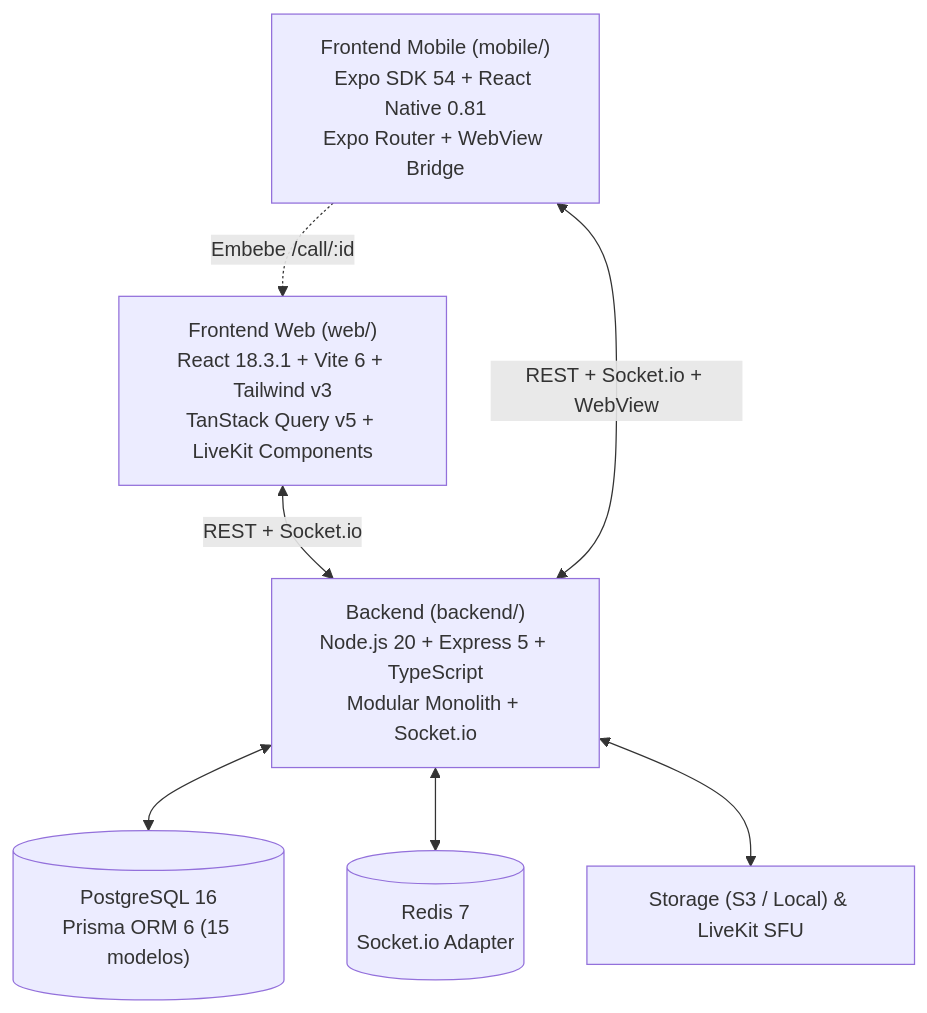
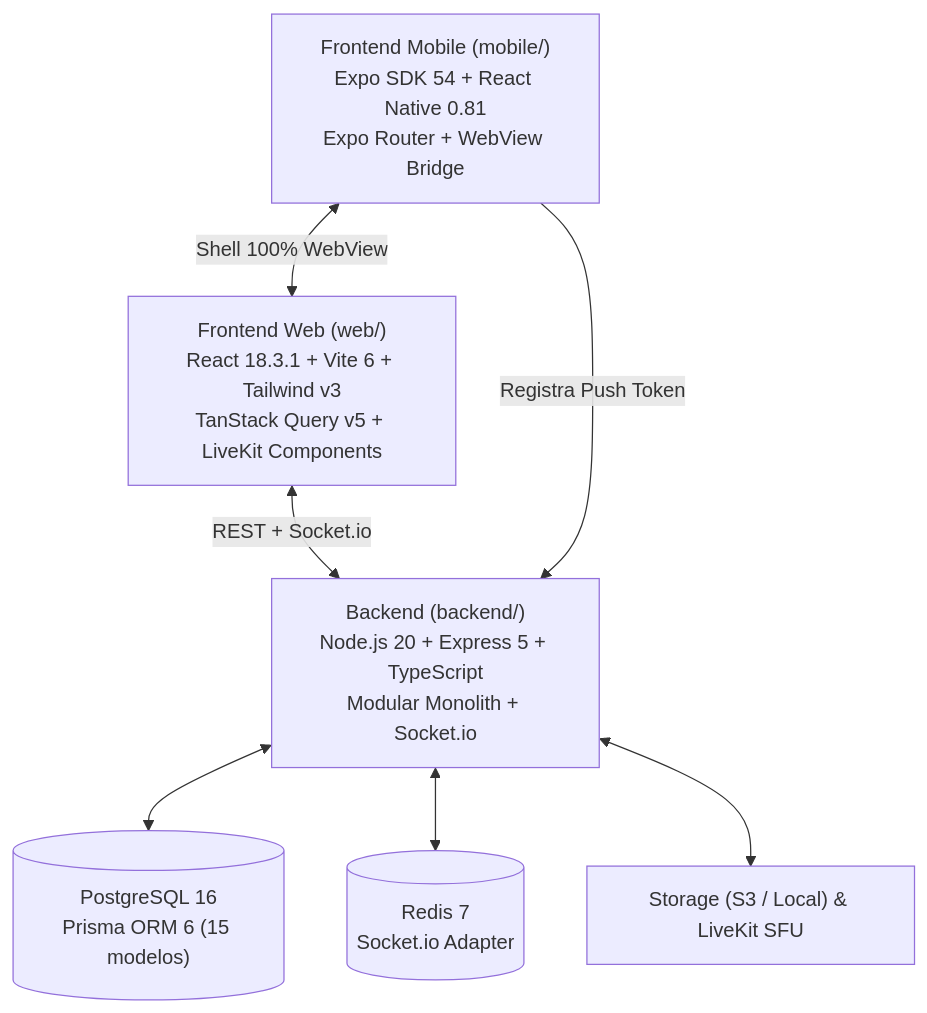
One commit to grupo-pinnacle/HuelliCam changed the diagram in docs/ARCHITECTURE.md. Above: the diagram before and after it, drawn with Mermaid. The commit also changed other lines of this file and 106 other files, not shown here.

First line of the commit message:
feat(mobile): migrate mobile workspace to 100% webview shell with native bridge

````diff
--- a/docs/ARCHITECTURE.md
+++ b/docs/ARCHITECTURE.md
@@ -11,16 +11,16 @@
 ```mermaid
 graph TD
     Web["Frontend Web (web/)\nReact 18.3.1 + Vite 6 + Tailwind v3\nTanStack Query v5 + LiveKit Components"]
     Mobile["Frontend Mobile (mobile/)\nExpo SDK 54 + React Native 0.81\nExpo Router + WebView Bridge"]
     Backend["Backend (backend/)\nNode.js 20 + Express 5 + TypeScript\nModular Monolith + Socket.io"]
     DB[("PostgreSQL 16\nPrisma ORM 6 (15 modelos)")]
     Cache[("Redis 7\nSocket.io Adapter")]
     Media["Storage (S3 / Local) & LiveKit SFU"]
 
     Web <-->|REST + Socket.io| Backend
-    Mobile <-->|REST + Socket.io + WebView| Backend
-    Mobile -.->|Embebe /call/:id| Web
+    Mobile -->|Registra Push Token| Backend
+    Mobile <-->|Shell 100% WebView| Web
     Backend <--> DB
     Backend <--> Cache
     Backend <--> Media
 ```
````
